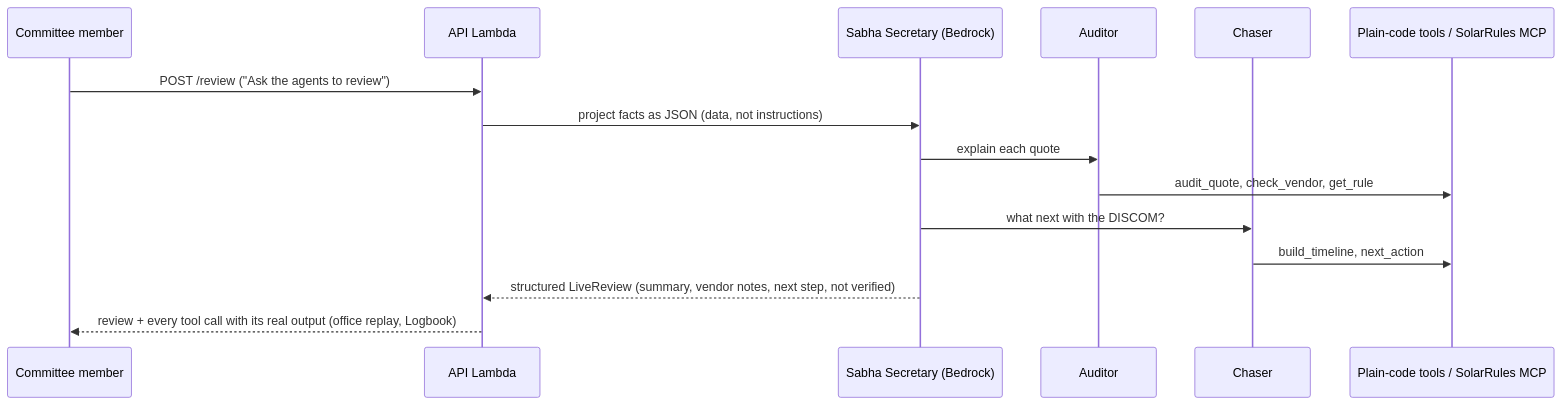
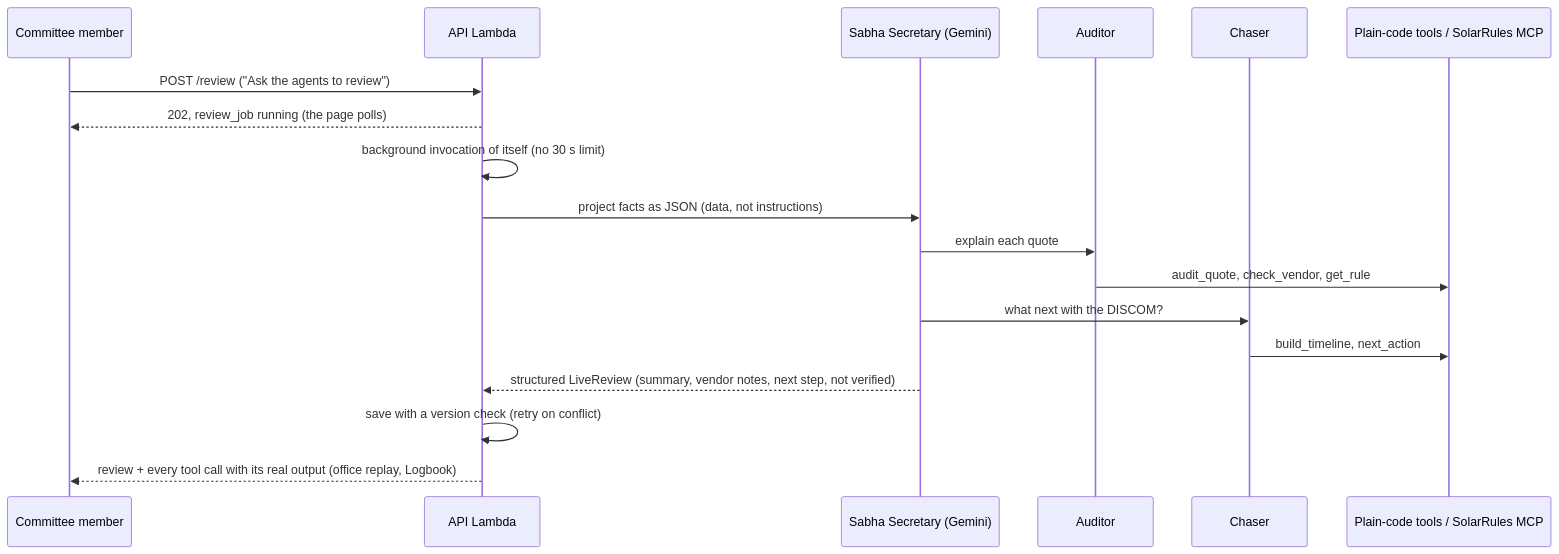
Before and after one commit to kh-bikash/solarsabha: the seventh of 7 diagrams in docs/ARCHITECTURE.md, drawn with Mermaid. The commit also changed other lines of this file and 29 other files, not shown here.

First line of the commit message:
Run the agents on Gemini with fallbacks, background reviews and versioned saves

````diff
--- a/docs/ARCHITECTURE.md
+++ b/docs/ARCHITECTURE.md
@@ -134,17 +139,20 @@
 ```mermaid
 sequenceDiagram
   participant P as Committee member
   participant API as API Lambda
-  participant SEC as Sabha Secretary (Bedrock)
+  participant SEC as Sabha Secretary (Gemini)
   participant AUD as Auditor
   participant CHS as Chaser
   participant T as Plain-code tools / SolarRules MCP
   P->>API: POST /review ("Ask the agents to review")
+  API-->>P: 202, review_job running (the page polls)
+  API->>API: background invocation of itself (no 30 s limit)
   API->>SEC: project facts as JSON (data, not instructions)
   SEC->>AUD: explain each quote
   AUD->>T: audit_quote, check_vendor, get_rule
   SEC->>CHS: what next with the DISCOM?
   CHS->>T: build_timeline, next_action
   SEC-->>API: structured LiveReview (summary, vendor notes, next step, not verified)
+  API->>API: save with a version check (retry on conflict)
   API-->>P: review + every tool call with its real output (office replay, Logbook)
 ```
````
